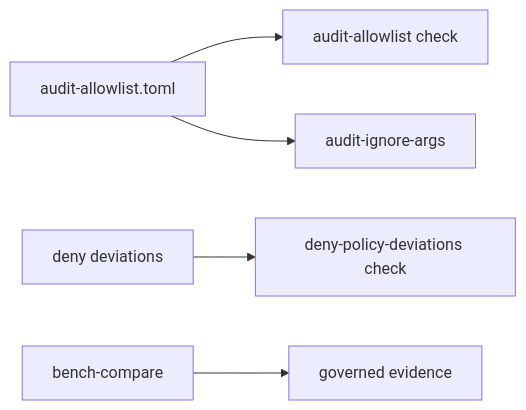
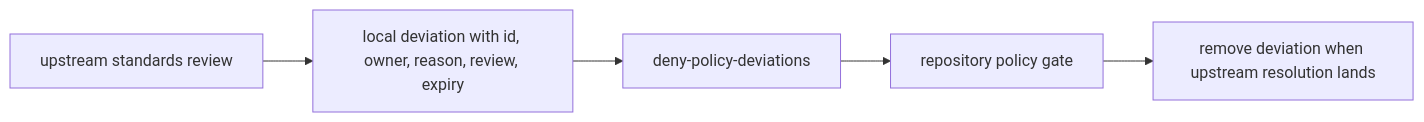
Before and after one commit to bijux/bijux-telecom: the second of 3 diagrams in docs/07-bijux-gnss-dev/interfaces/workflow-contracts.md, drawn with Mermaid. The commit also changed other lines of this file, not shown here.

Commit message:
docs(dev): sequence governed maintenance workflows

````diff
--- a/docs/07-bijux-gnss-dev/interfaces/workflow-contracts.md
+++ b/docs/07-bijux-gnss-dev/interfaces/workflow-contracts.md
@@ -19,15 +55,13 @@
 ```mermaid
 flowchart LR
-    allowlist["audit-allowlist.toml"]
-    deviations["deny deviations"]
-    auditcheck["audit-allowlist check"]
-    denycheck["deny-policy-deviations check"]
-    ignore["audit-ignore-args"]
-    bench["bench-compare"]
-    evidence["governed evidence"]
+    upstream["upstream standards review"]
+    record["local deviation with id, owner, reason, review, expiry"]
+    validate["deny-policy-deviations"]
+    gate["repository policy gate"]
+    remove["remove deviation when upstream resolution lands"]
 
-    allowlist --> auditcheck
-    allowlist --> ignore
-    deviations --> denycheck
-    bench --> evidence
+    upstream --> record
+    record --> validate
+    validate --> gate
+    gate --> remove
 ```
````
